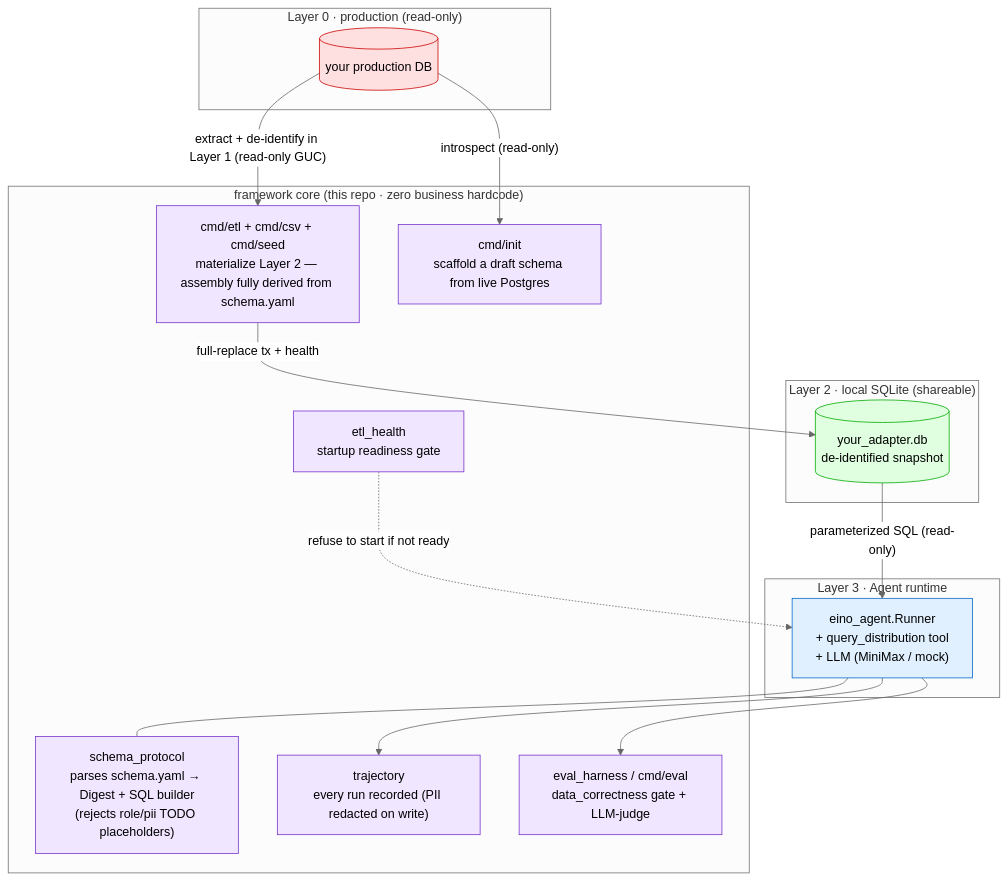
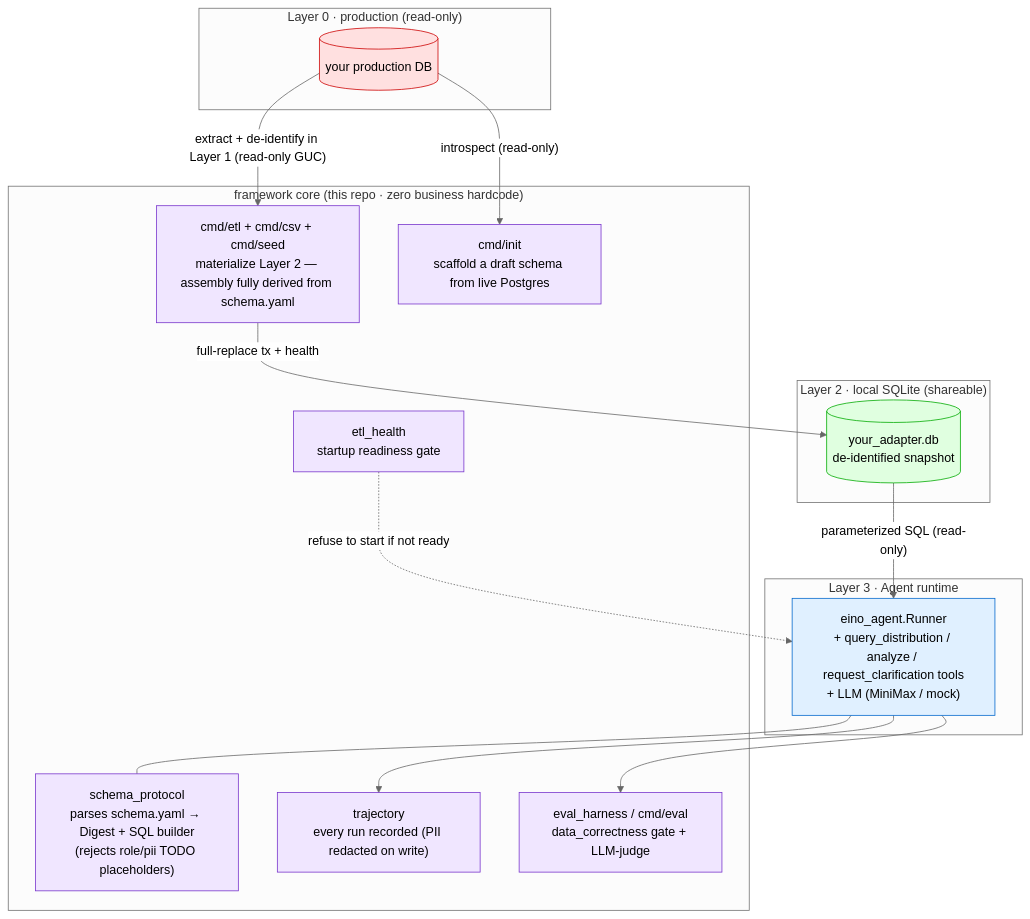
One commit to RuntianLee/schema-driven-insight-agent changed the diagram in README.md. Above: the diagram before and after it, drawn with Mermaid (neutral theme). The commit also changed other lines of this file and 1 other file, not shown here.

Commit message:
docs: README×2 修正工具面——补 analyze 与 request_clarification，非单工具 (#50)

````diff
--- a/README.md
+++ b/README.md
@@ -51,38 +51,38 @@
 ```mermaid
 flowchart TB
     subgraph L3["Layer 3 · Agent runtime"]
-        AG["eino_agent.Runner<br/>+ query_distribution tool<br/>+ LLM (MiniMax / mock)"]
+        AG["eino_agent.Runner<br/>+ query_distribution / analyze / request_clarification tools<br/>+ LLM (MiniMax / mock)"]
     end
     subgraph CORE["framework core (this repo · zero business hardcode)"]
         SP["schema_protocol<br/>parses schema.yaml → Digest + SQL builder<br/>(rejects role/pii TODO placeholders)"]
         ETL["cmd/etl + cmd/csv + cmd/seed<br/>materialize Layer 2 — assembly fully derived from schema.yaml"]
         INIT["cmd/init<br/>scaffold a draft schema from live Postgres"]
         HE["etl_health<br/>startup readiness gate"]
         TR["trajectory<br/>every run recorded (PII redacted on write)"]
         EV["eval_harness / cmd/eval<br/>data_correctness gate + LLM-judge"]
     end
     subgraph L2["Layer 2 · local SQLite (shareable)"]
         DB[("your_adapter.db<br/>de-identified snapshot")]
     end
     subgraph L0["Layer 0 · production (read-only)"]
         PG[("your production DB")]
     end
 
     PG -->|"introspect (read-only)"| INIT
     PG -->|"extract + de-identify in Layer 1 (read-only GUC)"| ETL
     ETL -->|"full-replace tx + health"| DB
     DB -->|"parameterized SQL (read-only)"| AG
     HE -.->|"refuse to start if not ready"| AG
     AG --- SP
     AG --> TR
     AG --> EV
 
     classDef prod fill:#ffe0e0,stroke:#c00;
     classDef safe fill:#e0ffe0,stroke:#0a0;
     classDef agent fill:#e0f0ff,stroke:#06c;
     classDef core fill:#f0e6ff,stroke:#73c;
     class PG prod;
     class DB safe;
     class AG agent;
     class SP,ETL,INIT,HE,TR,EV core;
 ```
````
